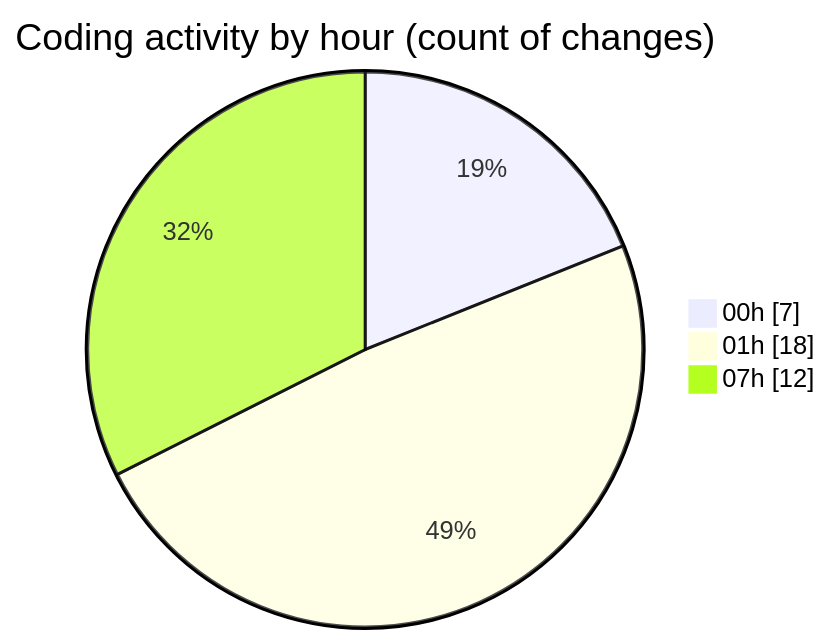
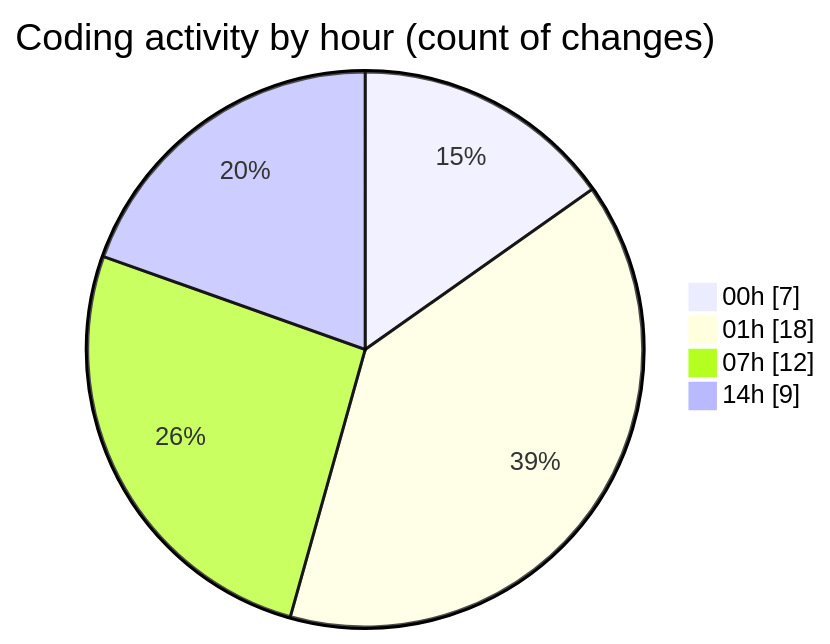
The second of 2 diagrams in 2026-04-24/darkwire/README.md (tmsrecording-cyber/code-tracking), drawn with Mermaid before and after one commit. The commit also changed other lines of this file and 1 other file, not shown here.

````diff
--- a/2026-04-24/darkwire/README.md
+++ b/2026-04-24/darkwire/README.md
@@ -40,7 +47,8 @@
 ```mermaid
 pie showData
 title Coding activity by hour (count of changes)
 "00h" : 7
 "01h" : 18
 "07h" : 12
+"14h" : 9
 ```
````
